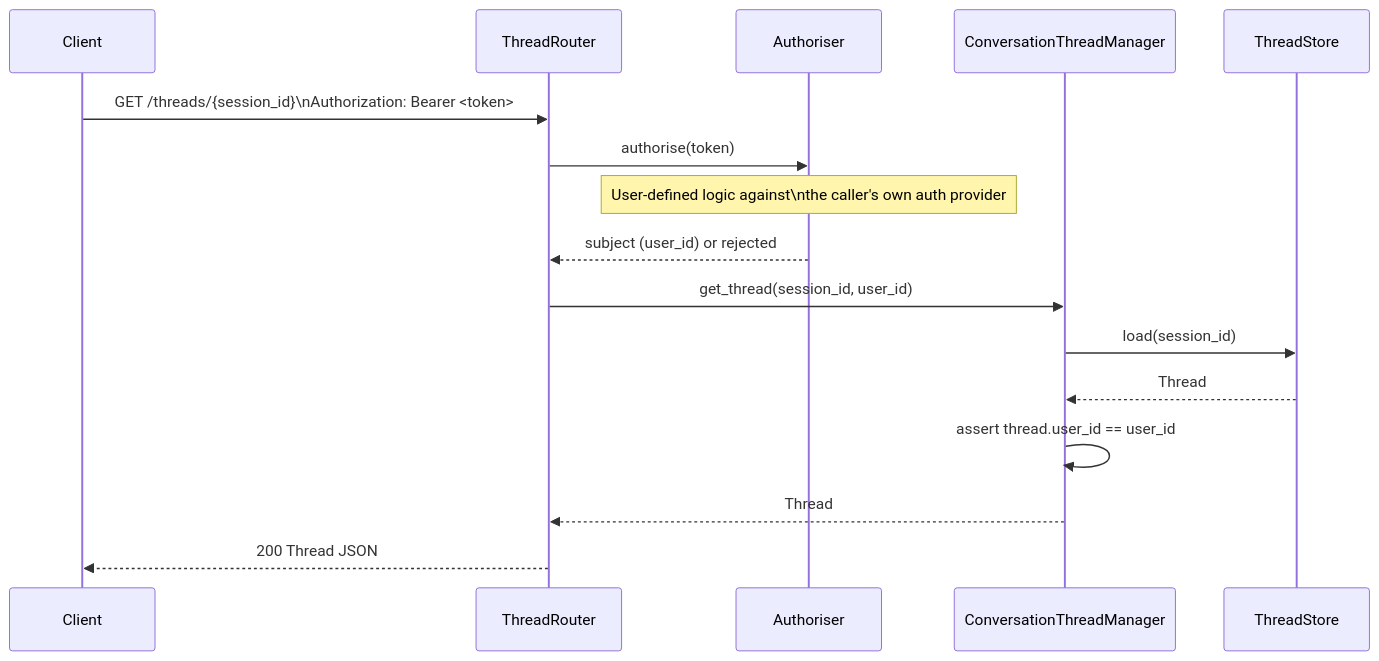
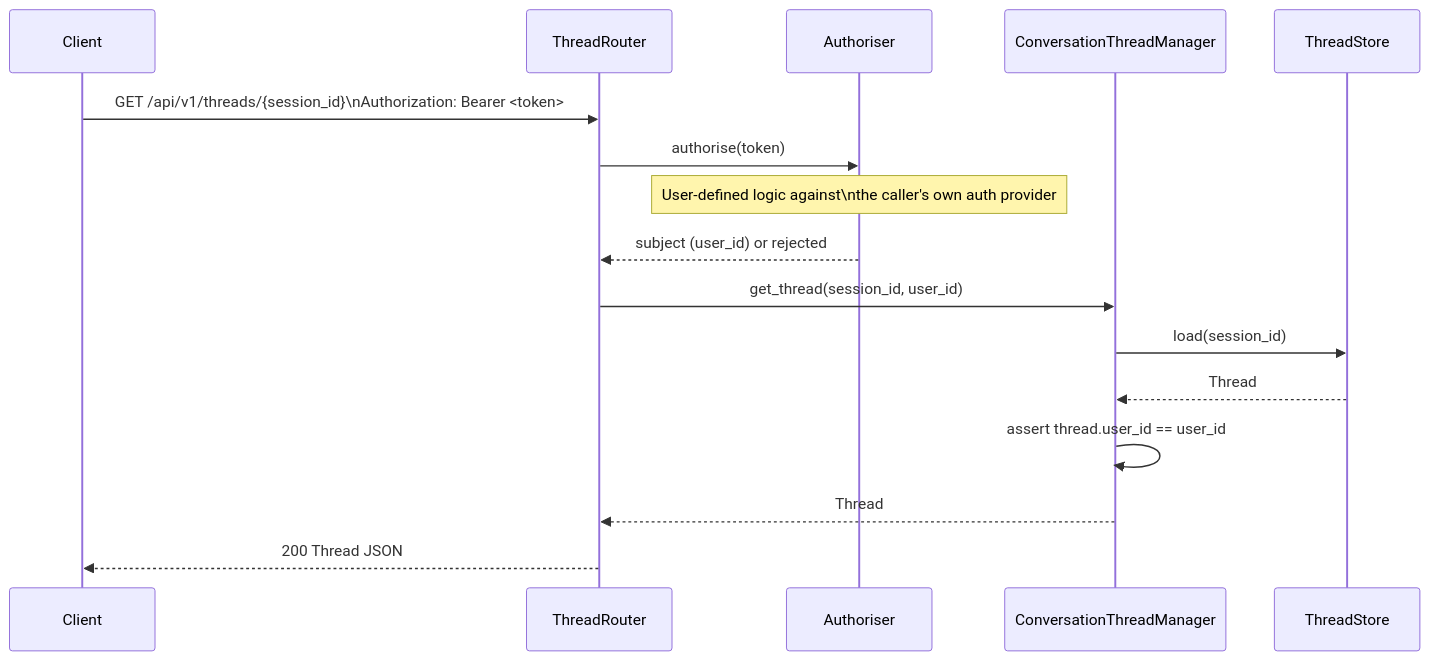
Before and after one commit to yaalalabs/agent-kernel: the third of 3 diagrams in docs/specs/conversation-thread-support.md, drawn with Mermaid. The commit also changed other lines of this file and 11 other files, not shown here.

Commit message:
Fix Copilot review findings: strict Bearer token parsing, Redis index-key TTL expiry/refresh, /api/v1 thread routes, and spec/config doc corrections

````diff
--- a/docs/specs/conversation-thread-support.md
+++ b/docs/specs/conversation-thread-support.md
@@ -225,19 +228,19 @@
 ```mermaid
 sequenceDiagram
     participant Client
     participant ThreadRouter
     participant Authoriser
     participant ConversationThreadManager
     participant ThreadStore
 
-    Client->>ThreadRouter: GET /threads/{session_id}\nAuthorization: Bearer <token>
+    Client->>ThreadRouter: GET /api/v1/threads/{session_id}\nAuthorization: Bearer <token>
     ThreadRouter->>Authoriser: authorise(token)
     Note over Authoriser: User-defined logic against\nthe caller's own auth provider
     Authoriser-->>ThreadRouter: subject (user_id) or rejected
     ThreadRouter->>ConversationThreadManager: get_thread(session_id, user_id)
     ConversationThreadManager->>ThreadStore: load(session_id)
     ThreadStore-->>ConversationThreadManager: Thread
     ConversationThreadManager->>ConversationThreadManager: assert thread.user_id == user_id
     ConversationThreadManager-->>ThreadRouter: Thread
     ThreadRouter-->>Client: 200 Thread JSON
 ```
````
